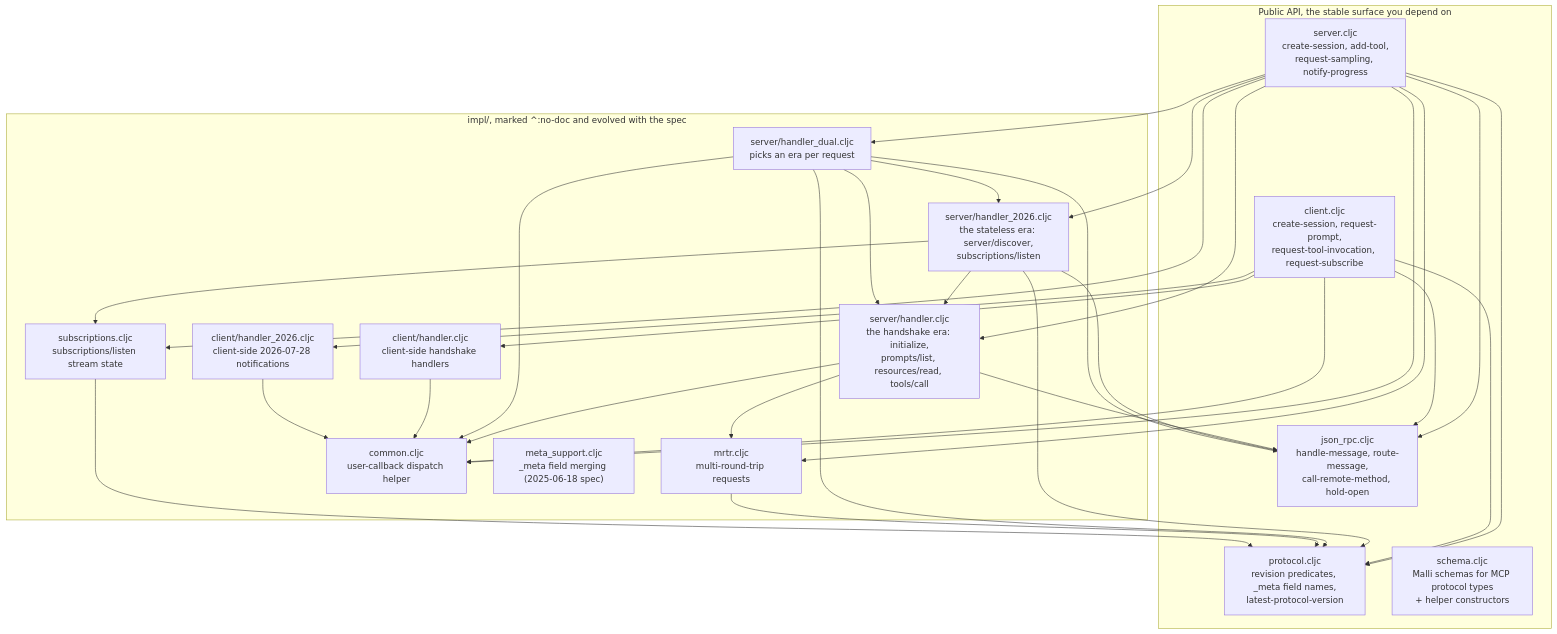
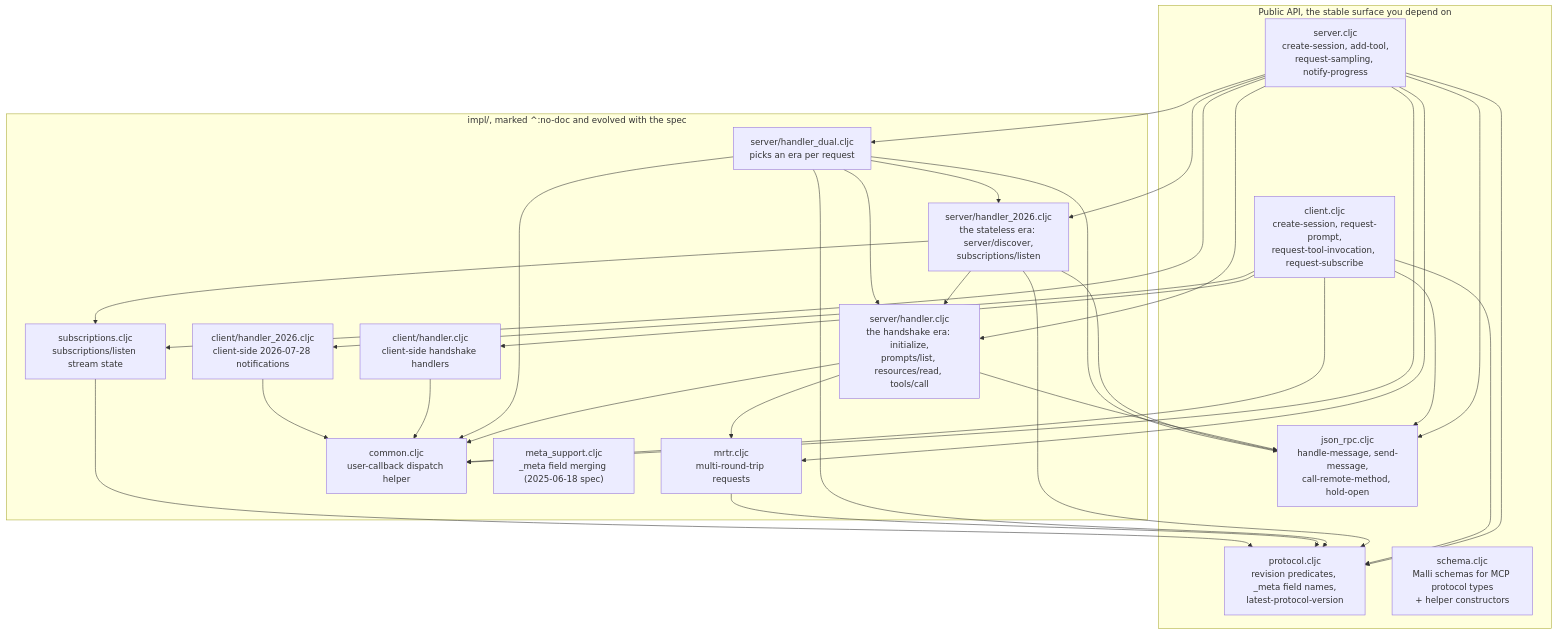
The first of 2 diagrams in docs/guide/architecture.md (b12n-oss/mcp-tkx), drawn with Mermaid before and after one commit. The commit also changed 13 other files, not shown here.

````diff
--- a/docs/guide/architecture.md
+++ b/docs/guide/architecture.md
@@ -10,52 +10,52 @@
 ```mermaid
 flowchart TD
   subgraph pub["Public API, the stable surface you depend on"]
     server["server.cljc<br/>create-session, add-tool,<br/>request-sampling, notify-progress"]
     client["client.cljc<br/>create-session, request-prompt,<br/>request-tool-invocation, request-subscribe"]
-    jsonrpc["json_rpc.cljc<br/>handle-message, route-message,<br/>call-remote-method, hold-open"]
+    jsonrpc["json_rpc.cljc<br/>handle-message, send-message,<br/>call-remote-method, hold-open"]
     protocol["protocol.cljc<br/>revision predicates, _meta field names,<br/>latest-protocol-version"]
     schema["schema.cljc<br/>Malli schemas for MCP protocol types<br/>+ helper constructors"]
   end
 
   subgraph impl["impl/, marked ^:no-doc and evolved with the spec"]
     shandler["server/handler.cljc<br/>the handshake era: initialize,<br/>prompts/list, resources/read, tools/call"]
     shandler26["server/handler_2026.cljc<br/>the stateless era: server/discover,<br/>subscriptions/listen"]
     shandlerd["server/handler_dual.cljc<br/>picks an era per request"]
     chandler["client/handler.cljc<br/>client-side handshake handlers"]
     chandler26["client/handler_2026.cljc<br/>client-side 2026-07-28 notifications"]
     mrtr["mrtr.cljc<br/>multi-round-trip requests"]
     subs["subscriptions.cljc<br/>subscriptions/listen stream state"]
     common["common.cljc<br/>user-callback dispatch helper"]
     meta["meta_support.cljc<br/>_meta field merging (2025-06-18 spec)"]
   end
 
   server --> shandler
   server --> shandler26
   server --> shandlerd
   server --> mrtr
   server --> subs
   server --> jsonrpc
   server --> protocol
   server --> common
   client --> chandler
   client --> chandler26
   client --> jsonrpc
   client --> protocol
   client --> common
   shandler --> jsonrpc
   shandler --> mrtr
   shandler --> common
   shandler26 --> shandler
   shandler26 --> subs
   shandler26 --> jsonrpc
   shandler26 --> protocol
   shandlerd --> shandler
   shandlerd --> shandler26
   shandlerd --> jsonrpc
   shandlerd --> protocol
   shandlerd --> common
   chandler --> common
   chandler26 --> common
   mrtr --> protocol
   subs --> protocol
 ```
````
